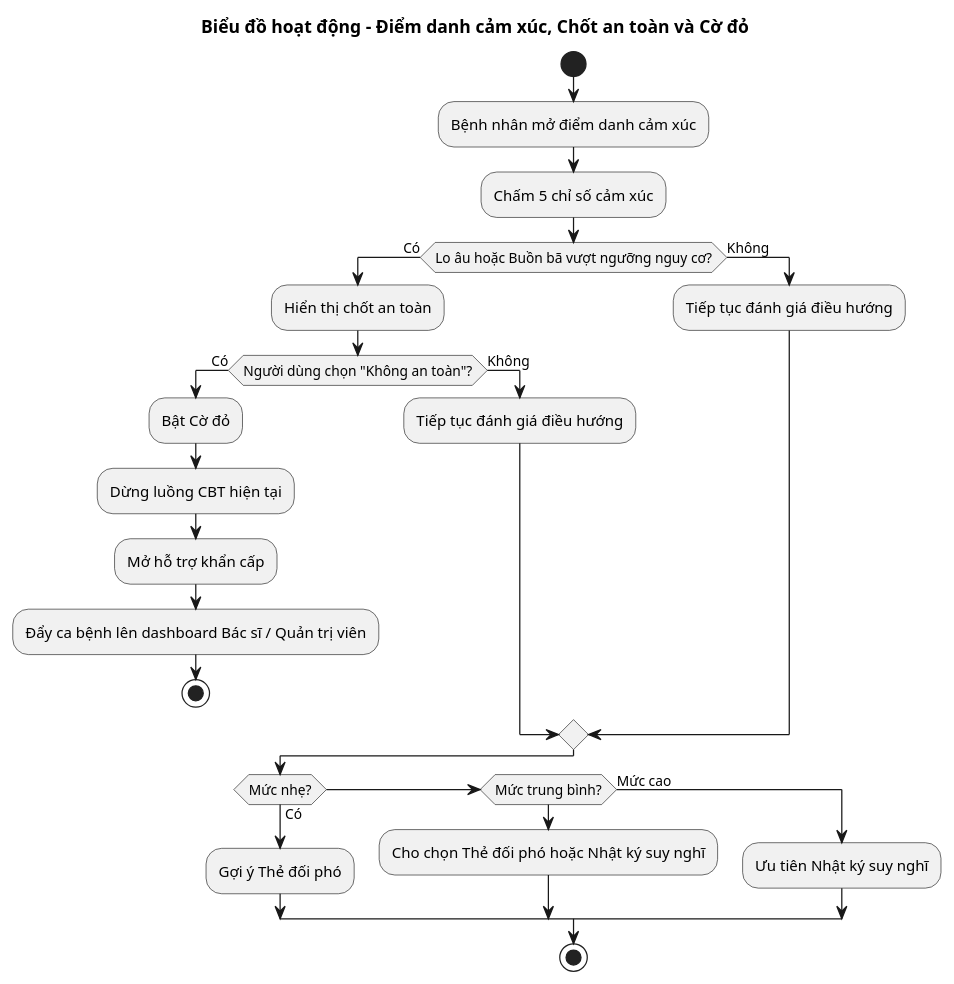
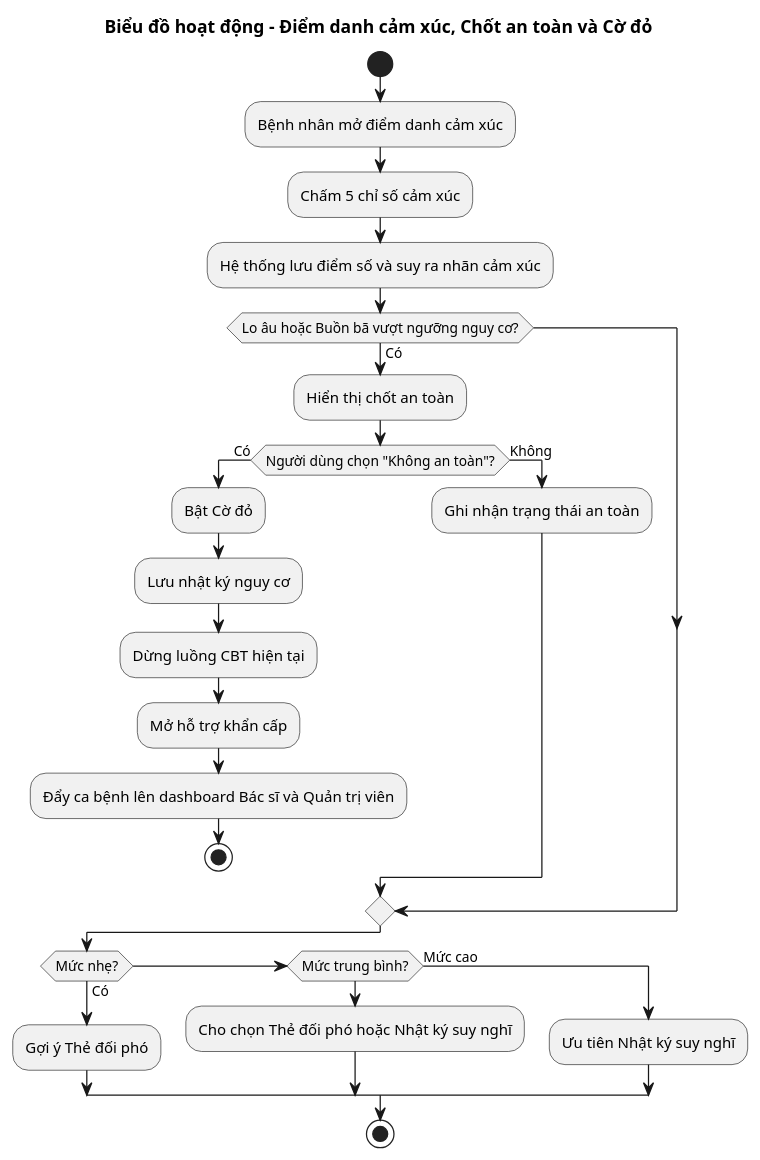
The diagram in docs/diagrams/Bieudohoatdong/daily_checkin_redflag.puml (phuongtech24/do_an), drawn with PlantUML before and after one commit. The commit also changed 18 other files, not shown here.

```diff
--- a/docs/diagrams/Bieudohoatdong/daily_checkin_redflag.puml
+++ b/docs/diagrams/Bieudohoatdong/daily_checkin_redflag.puml
@@ -1,34 +1,32 @@
 @startuml
 title Biểu đồ hoạt động - Điểm danh cảm xúc, Chốt an toàn và Cờ đỏ
 
 start
 :Bệnh nhân mở điểm danh cảm xúc;
 :Chấm 5 chỉ số cảm xúc;
+:Hệ thống lưu điểm số và suy ra nhãn cảm xúc;
 
 if (Lo âu hoặc Buồn bã vượt ngưỡng nguy cơ?) then (Có)
   :Hiển thị chốt an toàn;
-
   if (Người dùng chọn "Không an toàn"?) then (Có)
     :Bật Cờ đỏ;
+    :Lưu nhật ký nguy cơ;
     :Dừng luồng CBT hiện tại;
     :Mở hỗ trợ khẩn cấp;
-    :Đẩy ca bệnh lên dashboard Bác sĩ / Quản trị viên;
+    :Đẩy ca bệnh lên dashboard Bác sĩ và Quản trị viên;
     stop
   else (Không)
-    :Tiếp tục đánh giá điều hướng;
+    :Ghi nhận trạng thái an toàn;
   endif
-
-else (Không)
-  :Tiếp tục đánh giá điều hướng;
 endif
 
 if (Mức nhẹ?) then (Có)
   :Gợi ý Thẻ đối phó;
 elseif (Mức trung bình?)
   :Cho chọn Thẻ đối phó hoặc Nhật ký suy nghĩ;
 else (Mức cao)
   :Ưu tiên Nhật ký suy nghĩ;
 endif
 
 stop
 @enduml
```
